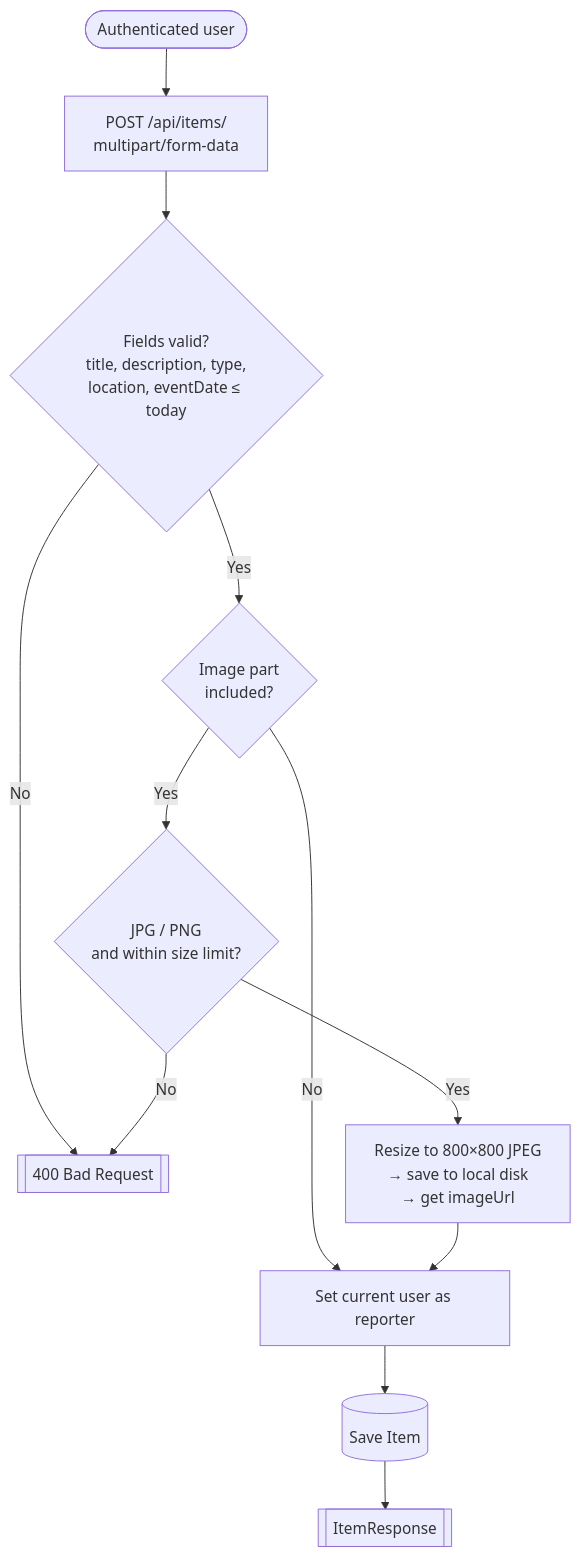
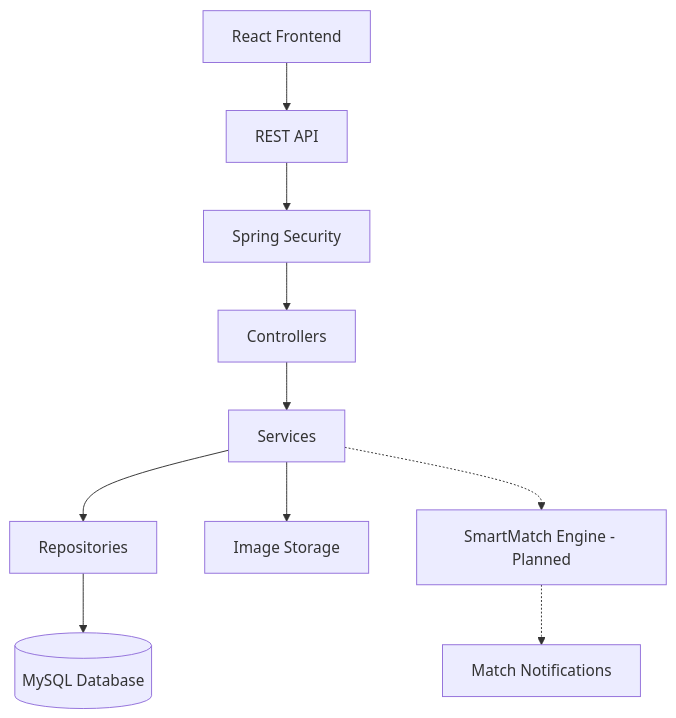
Before and after one commit to gr309/lost-and-found: the diagram in README.md, drawn with Mermaid. The commit also changed other lines of this file and 12 other files, not shown here.

````diff
--- a/README.md
+++ b/README.md
@@ -138,14 +108,12 @@
 ```mermaid
 flowchart TD
-    A([Authenticated user]) --> B[POST /api/items/<br/>multipart/form-data]
-    B --> C{Fields valid?<br/>title, description, type,<br/>location, eventDate ≤ today}
-    C -- No --> X[[400 Bad Request]]
-    C -- Yes --> D{Image part<br/>included?}
-    D -- No --> G
-    D -- Yes --> E{JPG / PNG<br/>and within size limit?}
-    E -- No --> X
-    E -- Yes --> F[Resize to 800×800 JPEG<br/>→ save to local disk<br/>→ get imageUrl]
-    F --> G[Set current user as reporter]
-    G --> H[(Save Item)]
-    H --> I[[ItemResponse]]
+    A[React Frontend] --> B[REST API]
+    B --> C[Spring Security]
+    C --> D[Controllers]
+    D --> E[Services]
+    E --> F[Repositories]
+    F --> G[(MySQL Database)]
+    E --> H[Image Storage]
+    E -.-> I[SmartMatch Engine - Planned]
+    I -.-> J[Match Notifications]
 ```
````
